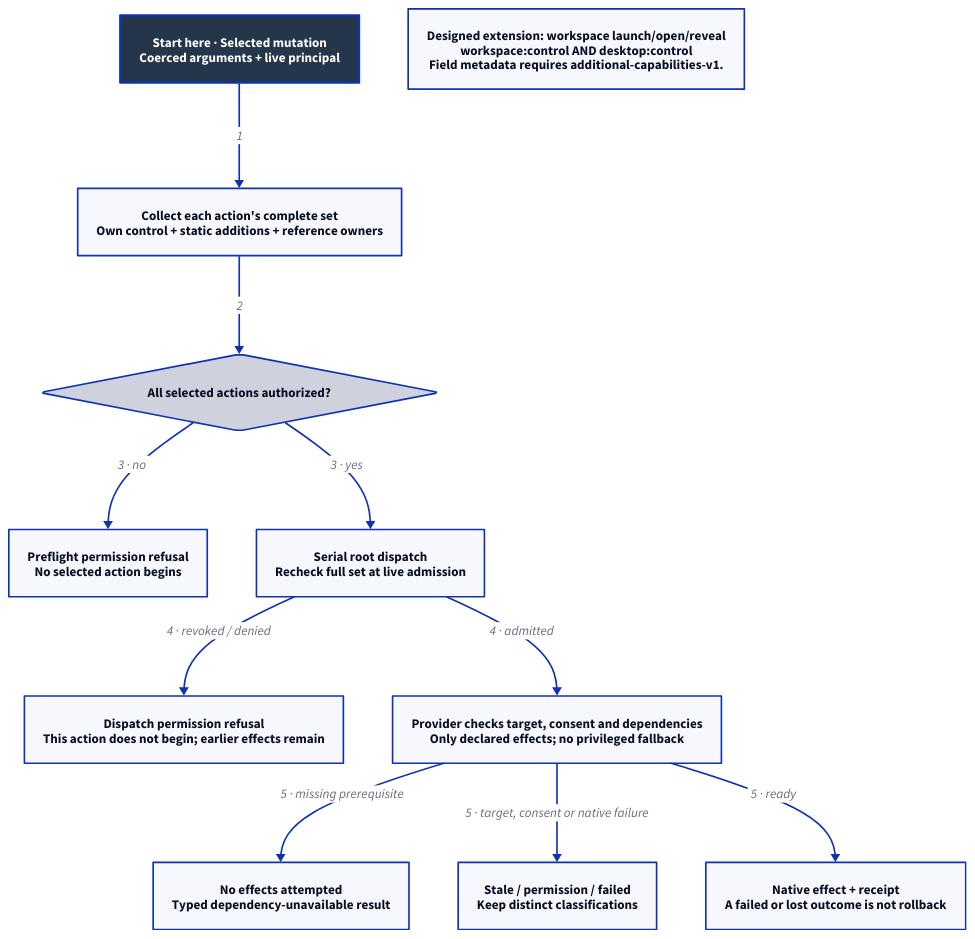
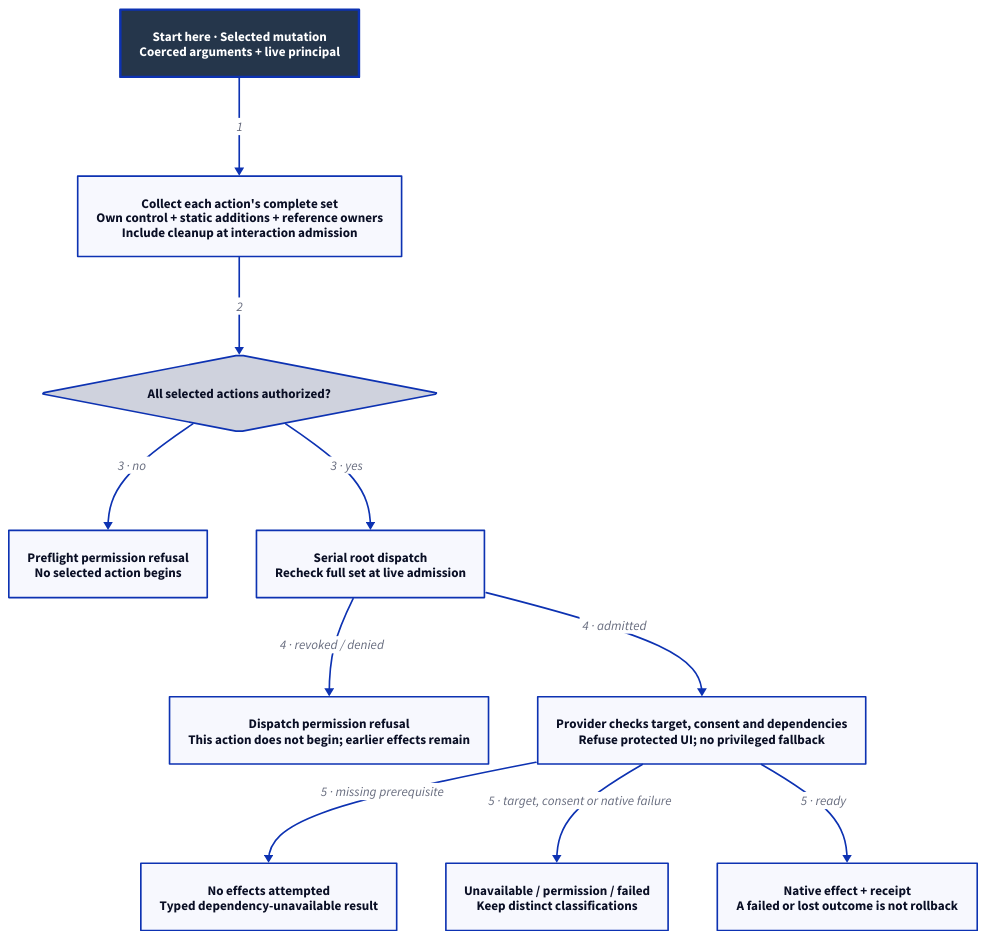
The diagram in docs/design/architecture/workflow-authority.d2 (Linkuistics/Koine), drawn with D2 before and after one commit. The commit also changed 58 other files, not shown here.

Commit message:
provider-architecture-k49: integrate effect authority, consent and composition review

```diff
--- a/docs/design/architecture/workflow-authority.d2
+++ b/docs/design/architecture/workflow-authority.d2
@@ -1,25 +1,24 @@
 # Ordered flow. Requirements are a conjunction, not alternative grants.
 direction: down
 classes: {
   start: {style: {fill: "#25364B"; font-color: "#FFFFFF"; bold: true; stroke-width: 3}}
 }
 Request: "Start here · Selected mutation\nCoerced arguments + live principal" {class: start}
-Union: "Collect each action's complete set\nOwn control + static additions + reference owners"
+Union: "Collect each action's complete set\nOwn control + static additions + reference owners\nInclude cleanup at interaction admission"
 Check: "All selected actions authorized?" {shape: diamond}
 Deny: "Preflight permission refusal\nNo selected action begins"
 Revoke: "Dispatch permission refusal\nThis action does not begin; earlier effects remain"
 Admission: "Serial root dispatch\nRecheck full set at live admission"
-Ready: "Provider checks target, consent and dependencies\nOnly declared effects; no privileged fallback"
+Ready: "Provider checks target, consent and dependencies\nRefuse protected UI; no privileged fallback"
 Unavailable: "No effects attempted\nTyped dependency-unavailable result"
-Stale: "Stale / permission / failed\nKeep distinct classifications"
+Stale: "Unavailable / permission / failed\nKeep distinct classifications"
 Effect: "Native effect + receipt\nA failed or lost outcome is not rollback"
 Request -> Union: "1"
 Union -> Check: "2"
 Check -> Deny: "3 · no"
 Check -> Admission: "3 · yes"
 Admission -> Revoke: "4 · revoked / denied"
 Admission -> Ready: "4 · admitted"
 Ready -> Unavailable: "5 · missing prerequisite"
 Ready -> Stale: "5 · target, consent or native failure"
 Ready -> Effect: "5 · ready"
-Example: "Designed extension: workspace launch/open/reveal\nworkspace:control AND desktop:control\nField metadata requires additional-capabilities-v1."
```
